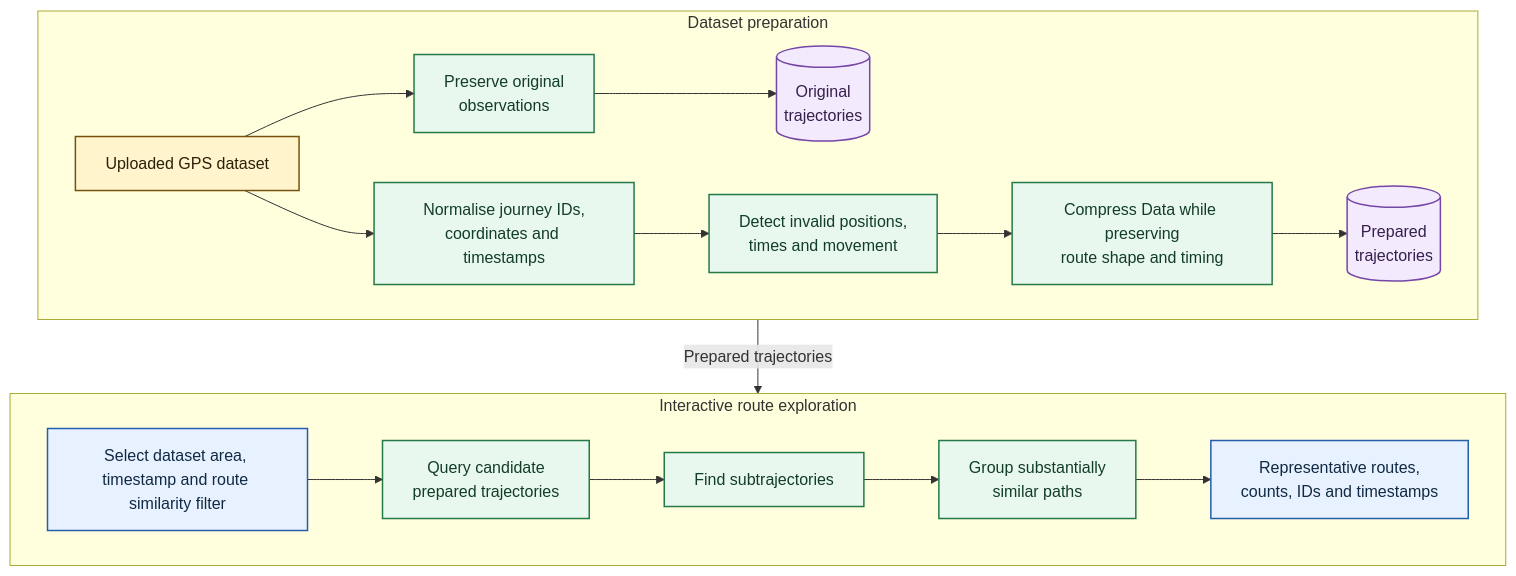
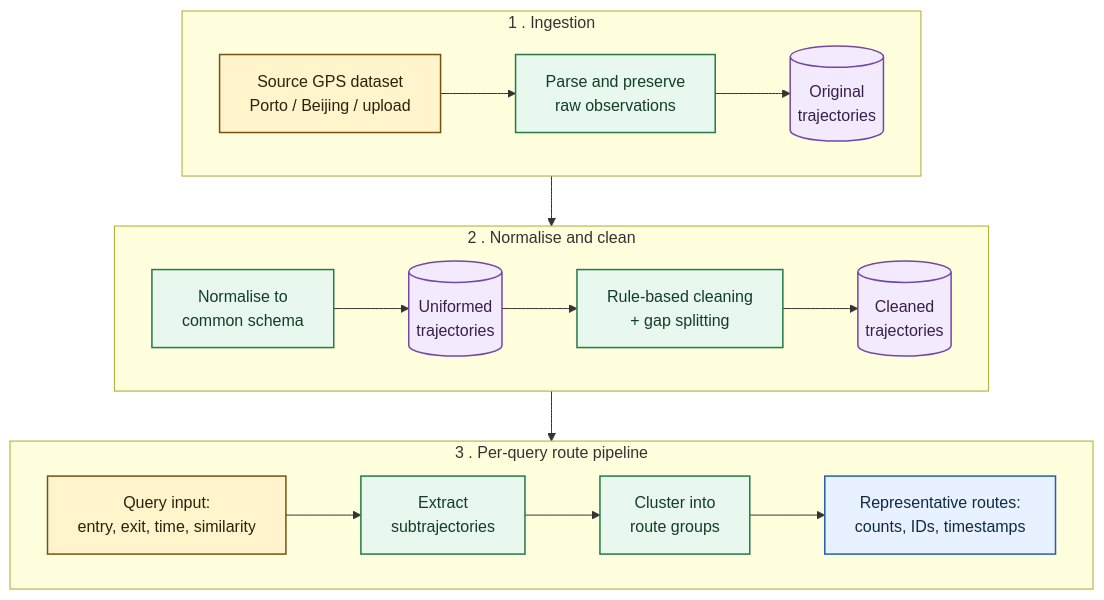
The diagram in docs/diagrams/trajectory-flow.mmd (MadsRantzau49/p7), drawn with Mermaid before and after one commit.

Commit message:
flowchartupdate

```diff
--- a/docs/diagrams/trajectory-flow.mmd
+++ b/docs/diagrams/trajectory-flow.mmd
@@ -1,40 +1,41 @@
 flowchart TB
-    accTitle: Planned trajectory preparation and exploration flow
-    accDescr: Uploaded GPS data is preserved, normalised, checked, simplified, and stored. User filters then drive subtrajectory extraction and route grouping, and the results are displayed on a map for further inspection.
+    accTitle: Trajectory processing pipeline
+    accDescr: Source GPS data is parsed and preserved as original trajectories, normalised into uniformed trajectories, then cleaned with rule-based filters and gap splitting to produce cleaned trajectories. A per-query stage extracts subtrajectories between two regions, clusters similar paths, and returns representative routes with traversal counts.
 
-    subgraph preparation[Dataset preparation]
+    subgraph ingest[1 . Ingestion]
         direction LR
-        upload[Uploaded GPS dataset]
-        preserve[Preserve original<br/>observations]
-        normalise[Normalise journey IDs,<br/>coordinates and timestamps]
-        validate[Detect invalid positions,<br/>times and movement]
-        simplify[Compress Data while preserving<br/>route shape and timing]
+        og[Source GPS dataset<br/>Porto / Beijing / upload]
+        parse[Parse and preserve<br/>raw observations]
         storeOriginal[(Original<br/>trajectories)]
-        storePrepared[(Prepared<br/>trajectories)]
-
-        upload --> preserve --> storeOriginal
-        upload --> normalise --> validate --> simplify --> storePrepared
+        og --> parse --> storeOriginal
     end
 
-    subgraph exploration[Interactive route exploration]
+    subgraph transform[2 . Normalise and clean]
         direction LR
-        filters[Select dataset area, timestamp and route similarity filter]
-        query[Query candidate<br/>prepared trajectories]
-        extract[Find subtrajectories]
-        cluster[Group substantially<br/>similar paths]
-        result[Representative routes,<br/>counts, IDs and timestamps]
-
-        filters --> query --> extract --> cluster --> result
+        normalise[Normalise to<br/>common schema]
+        storeUniformed[(Uniformed<br/>trajectories)]
+        clean[Rule-based cleaning<br/>+ gap splitting]
+        storeCleaned[(Cleaned<br/>trajectories)]
+        normalise --> storeUniformed --> clean --> storeCleaned
     end
 
-    preparation -->|Prepared trajectories| exploration
+    subgraph querypipe[3 . Per-query route pipeline]
+        direction LR
+        params[Query input:<br/>entry, exit, time, similarity]
+        extract[Extract<br/>subtrajectories]
+        cluster[Cluster into<br/>route groups]
+        output[Representative routes:<br/>counts, IDs, timestamps]
+        params --> extract --> cluster --> output
+    end
+
+    ingest --> transform --> querypipe
 
     classDef input fill:#fff4cc,stroke:#76520e,color:#2c2109,stroke-width:1.5px;
     classDef process fill:#e9f8ef,stroke:#237a46,color:#123d26,stroke-width:1.5px;
     classDef store fill:#f4eafe,stroke:#7446a6,color:#35204d,stroke-width:1.5px;
-    classDef interaction fill:#e8f1ff,stroke:#245ea8,color:#102a43,stroke-width:1.5px;
+    classDef output fill:#e8f1ff,stroke:#245ea8,color:#102a43,stroke-width:1.5px;
 
-    class upload input;
-    class preserve,normalise,validate,simplify,query,extract,cluster process;
-    class storeOriginal,storePrepared store;
-    class filters,result, interaction;
+    class og,params input;
+    class parse,normalise,clean,extract,cluster process;
+    class storeOriginal,storeUniformed,storeCleaned store;
+    class output output;
```
